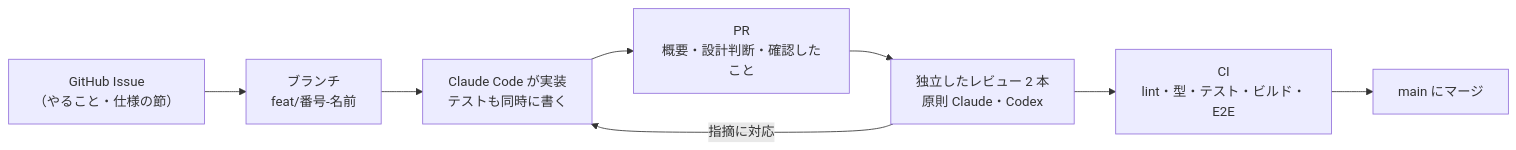
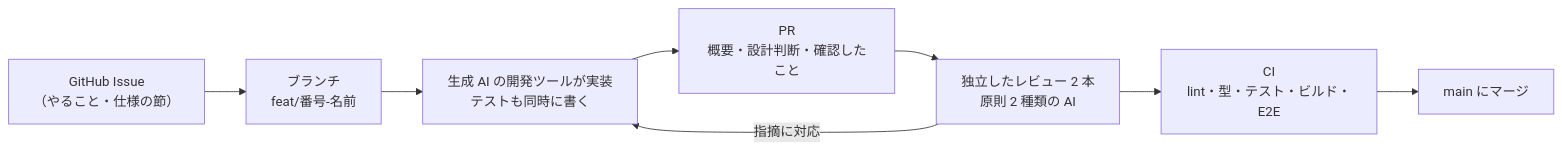
Before and after one commit to yuya1129t-project/stockflow-next: the third of 3 diagrams in README.md, drawn with Mermaid. The commit also changed other lines of this file and 2 other files, not shown here.

````diff
--- a/README.md
+++ b/README.md
@@ -629,10 +629,10 @@
 ```mermaid
 flowchart LR
   issue["GitHub Issue<br/>（やること・仕様の節）"] --> branch["ブランチ<br/>feat/番号-名前"]
-  branch --> impl["Claude Code が実装<br/>テストも同時に書く"]
+  branch --> impl["生成 AI の開発ツールが実装<br/>テストも同時に書く"]
   impl --> pr["PR<br/>概要・設計判断・確認したこと"]
-  pr --> review["独立したレビュー 2 本<br/>原則 Claude・Codex"]
+  pr --> review["独立したレビュー 2 本<br/>原則 2 種類の AI"]
   review -->|指摘に対応| impl
   review --> ci["CI<br/>lint・型・テスト・ビルド・E2E"]
   ci --> merge["main にマージ"]
 ```
````
